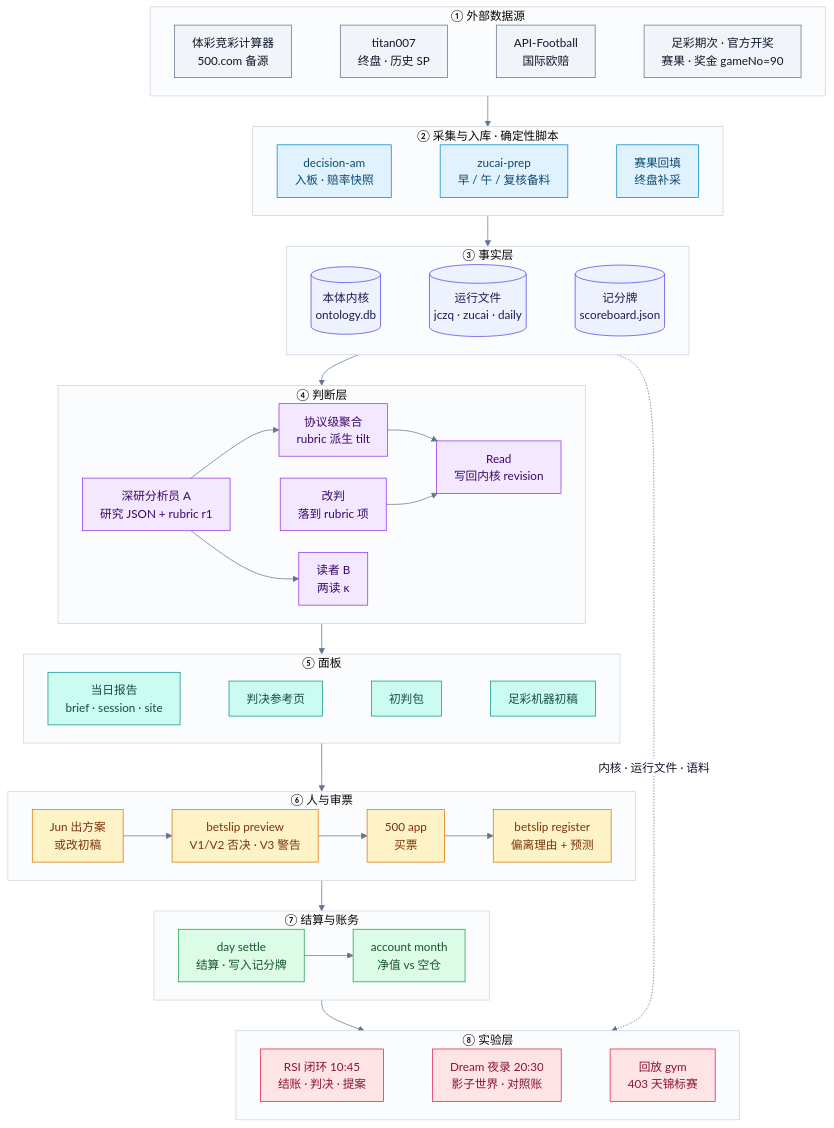
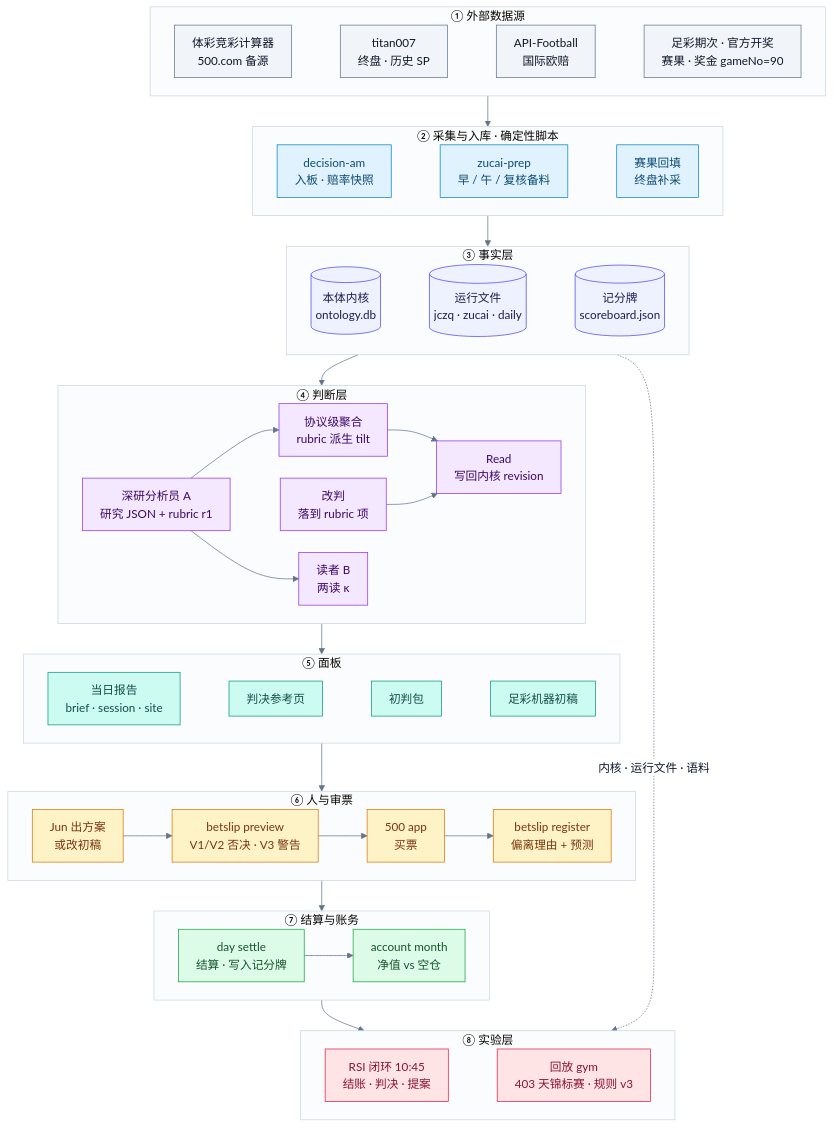
Before and after one commit to Jerenus/Nutmeg: the first of 10 diagrams in docs/ARCHITECTURE.md, drawn with Mermaid. The commit also changed other lines of this file and 125 other files, not shown here.

````diff
--- a/docs/ARCHITECTURE.md
+++ b/docs/ARCHITECTURE.md
@@ -69,57 +69,57 @@
 ```mermaid
 %%{init: {"theme": "base", "themeVariables": {"fontSize": "16px", "lineColor": "#64748B", "clusterBkg": "#FBFCFE", "clusterBorder": "#CBD5E1", "edgeLabelBackground": "#FFFFFF", "primaryTextColor": "#0F172A"}, "flowchart": {"curve": "basis", "padding": 12, "nodeSpacing": 30, "rankSpacing": 42}}}%%
 flowchart TB
   subgraph SRC["① 外部数据源"]
     direction LR
     S1["体彩竞彩计算器<br/>500.com 备源"] ~~~ S2["titan007<br/>终盘 · 历史 SP"] ~~~ S3["API-Football<br/>国际欧赔"] ~~~ S4["足彩期次 · 官方开奖<br/>赛果 · 奖金 gameNo=90"]
   end
   subgraph ING["② 采集与入库 · 确定性脚本"]
     direction LR
     I1["decision-am<br/>入板 · 赔率快照"] ~~~ I2["zucai-prep<br/>早 / 午 / 复核备料"] ~~~ I3["赛果回填<br/>终盘补采"]
   end
   subgraph CORE["③ 事实层"]
     direction LR
     K[("本体内核<br/>ontology.db")] ~~~ F[("运行文件<br/>jczq · zucai · daily")] ~~~ SB[("记分牌<br/>scoreboard.json")]
   end
   subgraph JUD["④ 判断层"]
     direction LR
     R1["深研分析员 A<br/>研究 JSON + rubric r1"] --> R2["协议级聚合<br/>rubric 派生 tilt"] --> R3["Read<br/>写回内核 revision"]
     OV["改判<br/>落到 rubric 项"] --> R3
     R1 --> RB["读者 B<br/>两读 κ"]
   end
   subgraph OUT["⑤ 面板"]
     direction LR
     P1["当日报告<br/>brief · session · site"] ~~~ P2["判决参考页"] ~~~ P3["初判包"] ~~~ P4["足彩机器初稿"]
   end
   subgraph HUM["⑥ 人与审票"]
     direction LR
     H1["Jun 出方案<br/>或改初稿"] --> T1["betslip preview<br/>V1/V2 否决 · V3 警告"] --> H2["500 app<br/>买票"] --> T2["betslip register<br/>偏离理由 + 预测"]
   end
   subgraph ACC["⑦ 结算与账务"]
     direction LR
     T3["day settle<br/>结算 · 写入记分牌"] --> T4["account month<br/>净值 vs 空仓"]
   end
   subgraph EXP["⑧ 实验层"]
     direction LR
-    E1["RSI 闭环 10:45<br/>结账 · 判决 · 提案"] ~~~ E2["Dream 夜录 20:30<br/>影子世界 · 对照账"] ~~~ E3["回放 gym<br/>403 天锦标赛"]
+    E1["RSI 闭环 10:45<br/>结账 · 判决 · 提案"] ~~~ E3["回放 gym<br/>403 天锦标赛 · 规则 v3"]
   end
   SRC --> ING --> CORE --> JUD --> OUT --> HUM --> ACC --> EXP
   CORE -.->|"内核 · 运行文件 · 语料"| EXP
 
   classDef src fill:#F1F5F9,stroke:#64748B,color:#0F172A
   classDef ing fill:#E0F2FE,stroke:#0284C7,color:#0C4A6E
   classDef store fill:#EEF2FF,stroke:#4F46E5,color:#1E1B4B
   classDef jud fill:#F3E8FF,stroke:#9333EA,color:#3B0764
   classDef out fill:#CCFBF1,stroke:#0D9488,color:#134E4A
   classDef hum fill:#FEF3C7,stroke:#D97706,color:#78350F
   classDef acc fill:#DCFCE7,stroke:#16A34A,color:#14532D
   classDef exp fill:#FFE4E6,stroke:#E11D48,color:#881337
   class S1,S2,S3,S4 src
   class I1,I2,I3 ing
   class K,F,SB store
   class R1,R2,R3,OV,RB jud
   class P1,P2,P3,P4 out
   class H1,T1,H2,T2 hum
   class T3,T4 acc
-  class E1,E2,E3 exp
+  class E1,E3 exp
 ```
````
